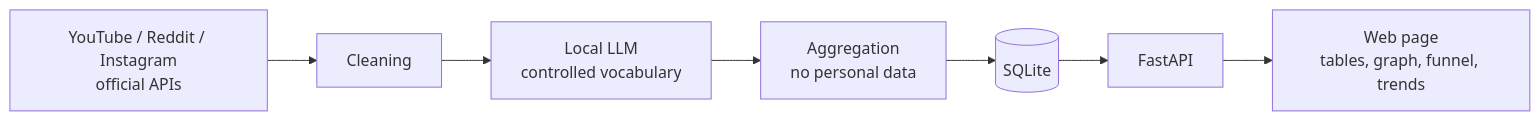
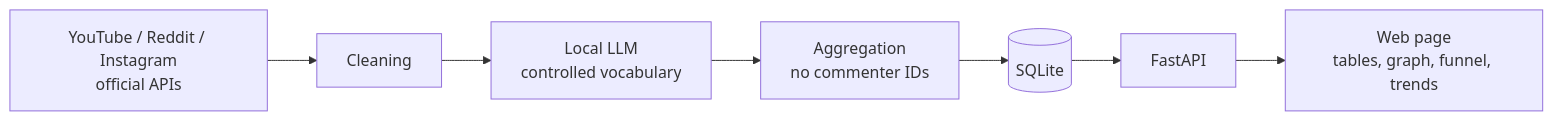
Before and after one commit to codeunknownxx/market-intel: the diagram in README.md, drawn with Mermaid. The commit also changed other lines of this file, not shown here.

````diff
--- a/README.md
+++ b/README.md
@@ -38,8 +38,8 @@
 ```mermaid
 flowchart LR
     A[YouTube / Reddit / Instagram<br/>official APIs] --> B[Cleaning]
     B --> C[Local LLM<br/>controlled vocabulary]
-    C --> D[Aggregation<br/>no personal data]
+    C --> D[Aggregation<br/>no commenter IDs]
     D --> E[(SQLite)]
     E --> F[FastAPI] --> G[Web page<br/>tables, graph, funnel, trends]
 ```
````
